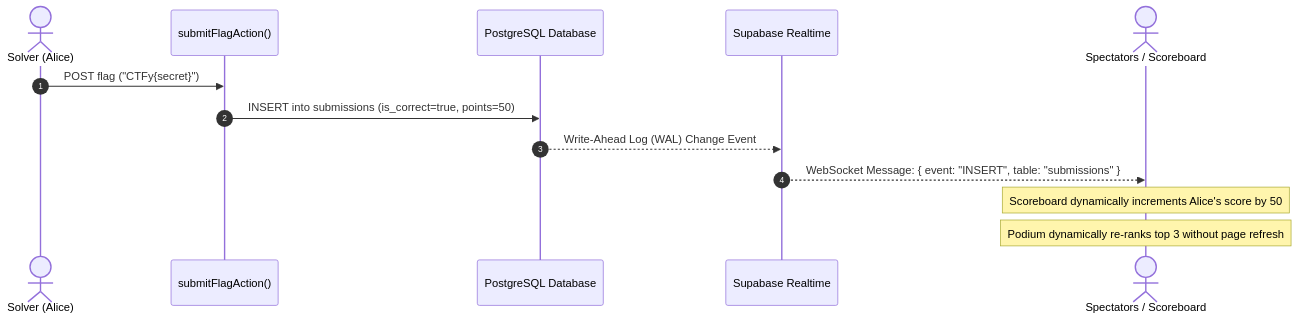
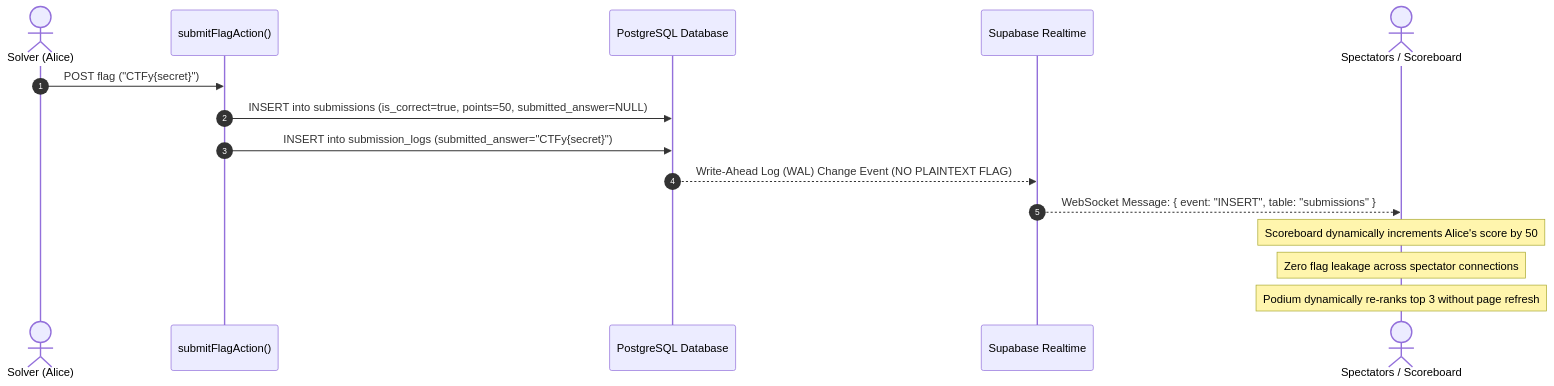
The second of 2 diagrams in docs/architecture/SYSTEM_DESIGN.md (Joydeep2005Banik/CTFy), drawn with Mermaid before and after one commit. The commit also changed other lines of this file and 3 other files, not shown here.

Commit message:
docs: update architecture and system design documentation with zero-leak RLS and audit log models

````diff
--- a/docs/architecture/SYSTEM_DESIGN.md
+++ b/docs/architecture/SYSTEM_DESIGN.md
@@ -85,16 +87,18 @@
 ```mermaid
 sequenceDiagram
     autonumber
     actor Solver as Solver (Alice)
     participant Action as submitFlagAction()
     participant DB as PostgreSQL Database
     participant Realtime as Supabase Realtime
     actor Audience as Spectators / Scoreboard
 
     Solver->>Action: POST flag ("CTFy{secret}")
-    Action->>DB: INSERT into submissions (is_correct=true, points=50)
-    DB-->>Realtime: Write-Ahead Log (WAL) Change Event
+    Action->>DB: INSERT into submissions (is_correct=true, points=50, submitted_answer=NULL)
+    Action->>DB: INSERT into submission_logs (submitted_answer="CTFy{secret}")
+    DB-->>Realtime: Write-Ahead Log (WAL) Change Event (NO PLAINTEXT FLAG)
     Realtime-->>Audience: WebSocket Message: { event: "INSERT", table: "submissions" }
     Note over Audience: Scoreboard dynamically increments Alice's score by 50
+    Note over Audience: Zero flag leakage across spectator connections
     Note over Audience: Podium dynamically re-ranks top 3 without page refresh
 ```
````
